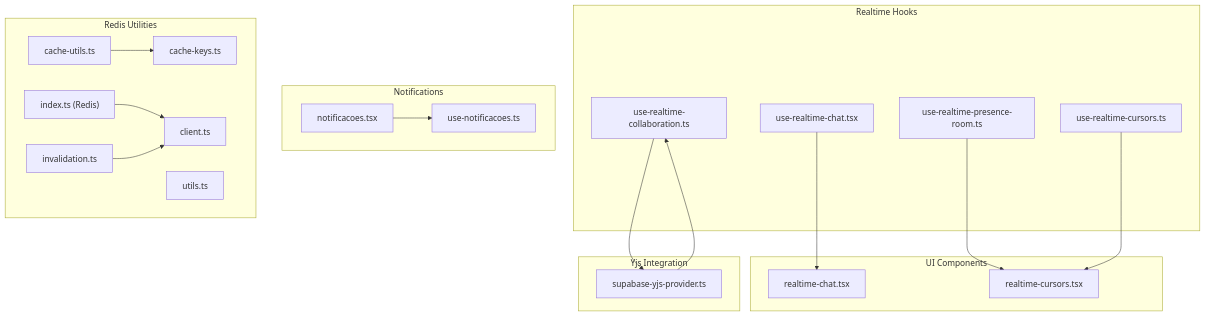
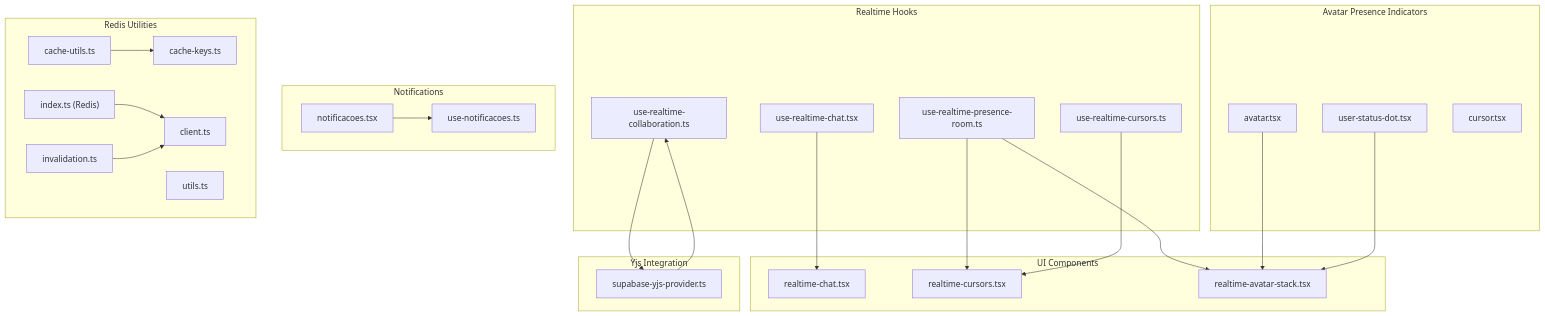
The first of 12 diagrams in .qoder/repowiki/en/content/Real-time Features/Real-time Features.md (SinesysTech/zattar-os), drawn with Mermaid before and after one commit. The commit also changed other lines of this file and 4 other files, not shown here.

````diff
--- a/.qoder/repowiki/en/content/Real-time Features/Real-time Features.md
+++ b/.qoder/repowiki/en/content/Real-time Features/Real-time Features.md
@@ -54,37 +67,46 @@
 ```mermaid
 graph TB
 subgraph "Realtime Hooks"
 RTCollab["use-realtime-collaboration.ts"]
 RTChat["use-realtime-chat.tsx"]
 RTPres["use-realtime-presence-room.ts"]
 RTCurs["use-realtime-cursors.ts"]
 end
 subgraph "UI Components"
 CompChat["realtime-chat.tsx"]
 CompCurs["realtime-cursors.tsx"]
+CompAvatarStack["realtime-avatar-stack.tsx"]
+end
+subgraph "Avatar Presence Indicators"
+AvatarIndicator["avatar.tsx"]
+UserStatusDot["user-status-dot.tsx"]
+CursorComp["cursor.tsx"]
 end
 subgraph "Yjs Integration"
 YProvider["supabase-yjs-provider.ts"]
 end
 subgraph "Notifications"
 HelpPush["notificacoes.tsx"]
 HookNotify["use-notificacoes.ts"]
 end
 subgraph "Redis Utilities"
 RKeys["cache-keys.ts"]
 RUtils["cache-utils.ts"]
 RClient["client.ts"]
 RIndex["index.ts (Redis)"]
 RInv["invalidation.ts"]
 RHelp["utils.ts"]
 end
 RTCollab --> YProvider
 RTChat --> CompChat
+RTPres --> CompAvatarStack
 RTPres --> CompCurs
 RTCurs --> CompCurs
 YProvider --> RTCollab
+AvatarIndicator --> CompAvatarStack
+UserStatusDot --> CompAvatarStack
 HelpPush --> HookNotify
 RIndex --> RClient
 RUtils --> RKeys
 RInv --> RClient
 ```
````
